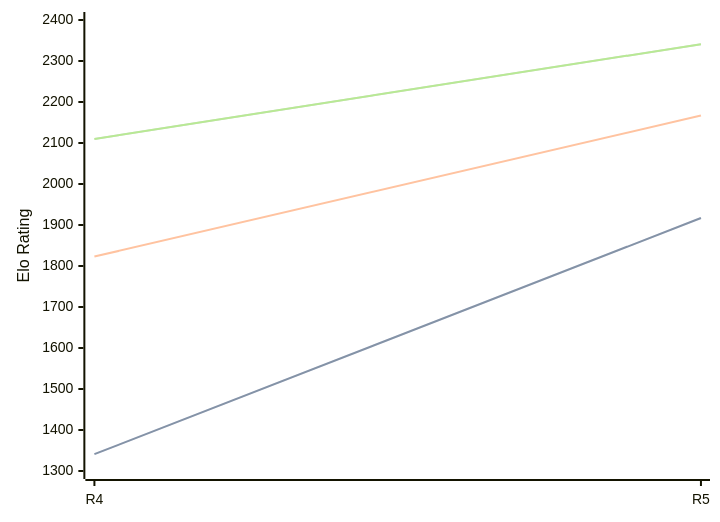
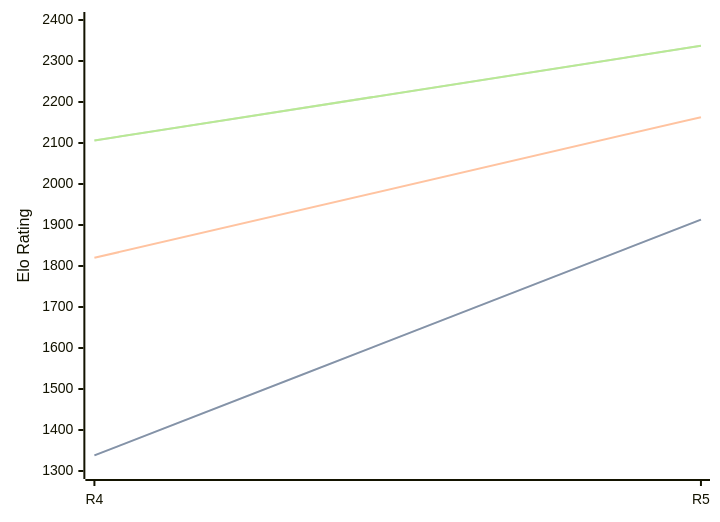
One commit to computer-chess-index/cci changed the third of 3 diagrams in engines/Viking.md. Above: the diagram before and after it, drawn with Mermaid. The commit also changed other lines of this file, not shown here.

Commit message:
Update CCI Ratings (ELO VLTC) - 2026-07-16

````diff
--- a/engines/Viking.md
+++ b/engines/Viking.md
@@ -68,11 +68,11 @@
 ```mermaid
 %%{init: {"theme":"base","themeVariables":{"seriesColors:['#a3a3a3','#222221','#faa371']}}}%%
 xychart-beta
   x-axis ["R4", "R5"]
   y-axis "Elo Rating" 1300 --> 2400
-  line "STC (8.0+0.08s)" [1341, 1917]
-  line "STC (8.0+0.08s)" [1341, 1917]
-  line "LTC (60.0+0.60s)" [1823, 2167]
-  line "VLTC (2m24s+1.12s)" [2110, 2341]
-  line "VLTC (2m24s+1.12s)" [2110, 2341]
+  line "STC (8.0+0.08s)" [1338, 1913]
+  line "STC (8.0+0.08s)" [1338, 1913]
+  line "LTC (60.0+0.60s)" [1820, 2163]
+  line "VLTC (2m24s+1.12s)" [2106, 2337]
+  line "VLTC (2m24s+1.12s)" [2106, 2337]
 ```
````
